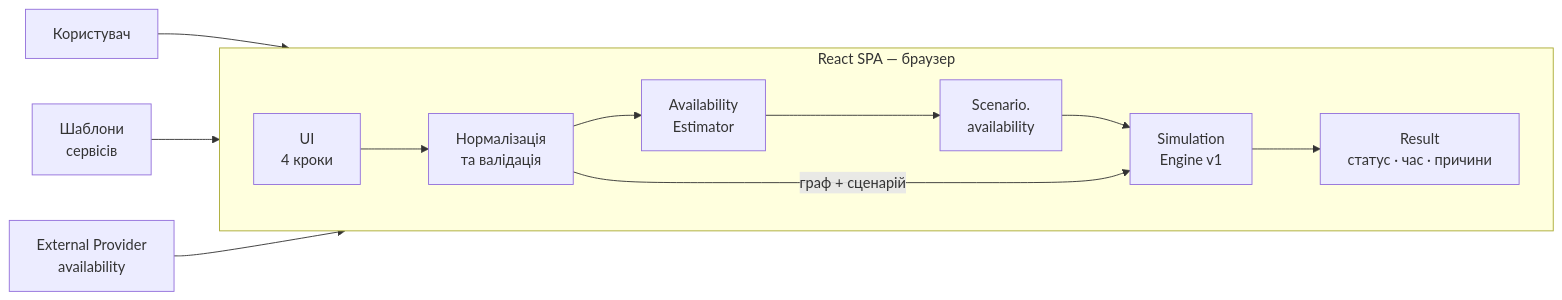
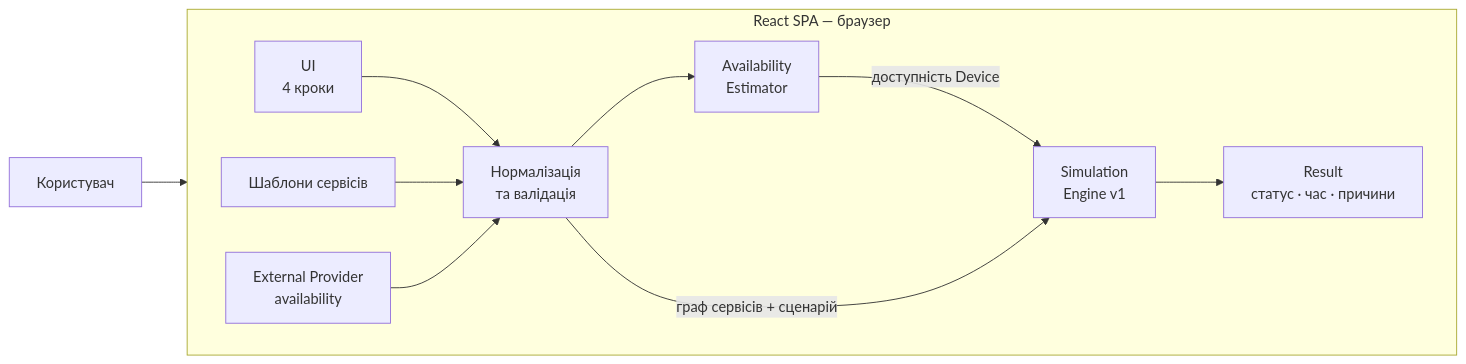
The diagram in docs/diagrams/mvp-architecture.md (Serhii-Palamarchuk/capstone-household-service-availability), drawn with Mermaid before and after one commit. The commit also changed other lines of this file, not shown here.

Commit message:
docs: simplify rendered MVP architecture diagram

````diff
--- a/docs/diagrams/mvp-architecture.md
+++ b/docs/diagrams/mvp-architecture.md
@@ -3,27 +3,26 @@
 ```mermaid
 flowchart LR
     U["Користувач"]
-    ST["Шаблони<br/>сервісів"]
-    EP["External Provider<br/>availability"]
 
     subgraph SPA["React SPA — браузер"]
         direction LR
+
         UI["UI<br/>4 кроки"]
+        ST["Шаблони сервісів"]
+        EP["External Provider<br/>availability"]
         V["Нормалізація<br/>та валідація"]
         AE["Availability<br/>Estimator"]
-        SA["Scenario.<br/>availability"]
         SE["Simulation<br/>Engine v1"]
         R["Result<br/>статус · час · причини"]
 
         UI --> V
+        ST --> V
+        EP --> V
         V --> AE
-        AE --> SA
-        SA --> SE
-        V -->|граф + сценарій| SE
+        AE -->|доступність Device| SE
+        V -->|граф сервісів + сценарій| SE
         SE --> R
     end
 
     U --> UI
-    ST --> V
-    EP --> V
 ```
````
